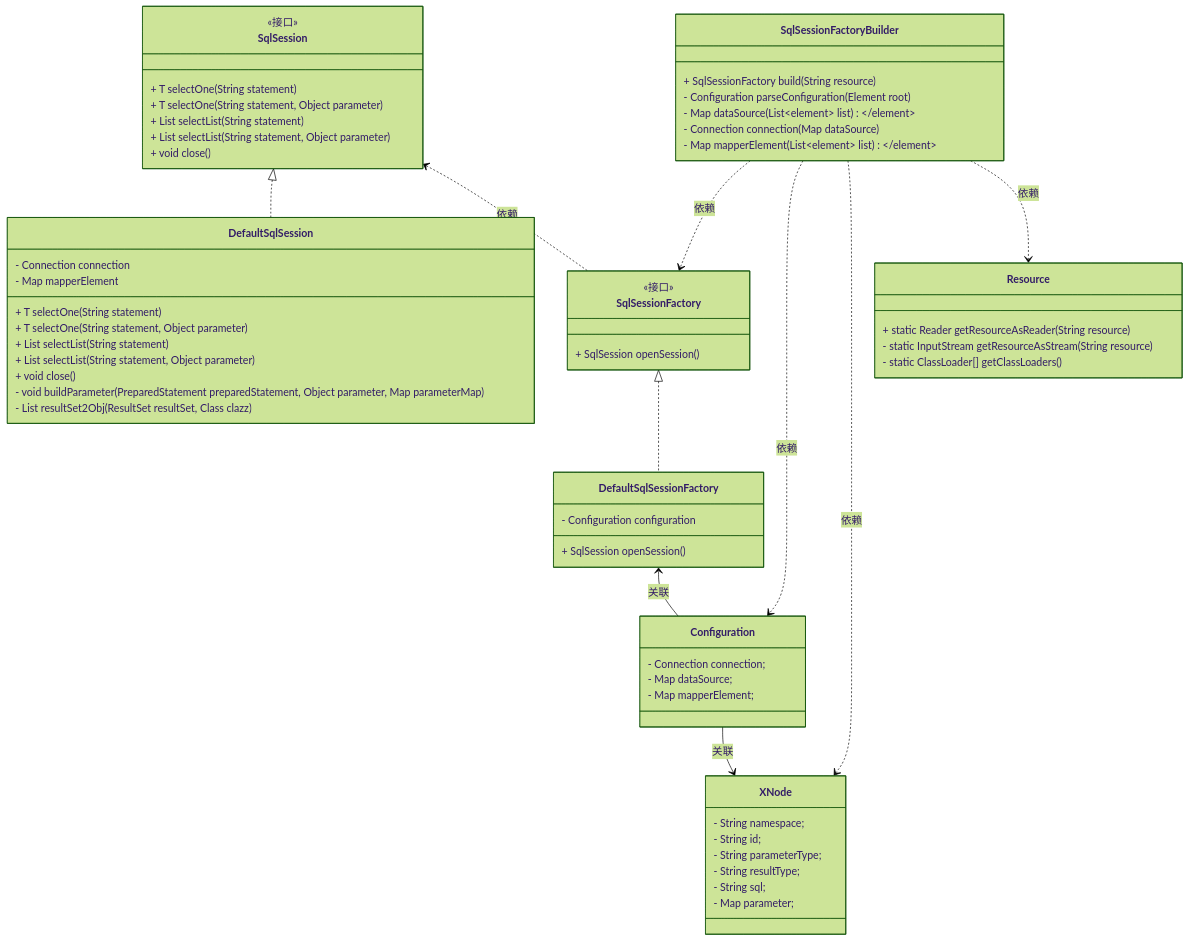
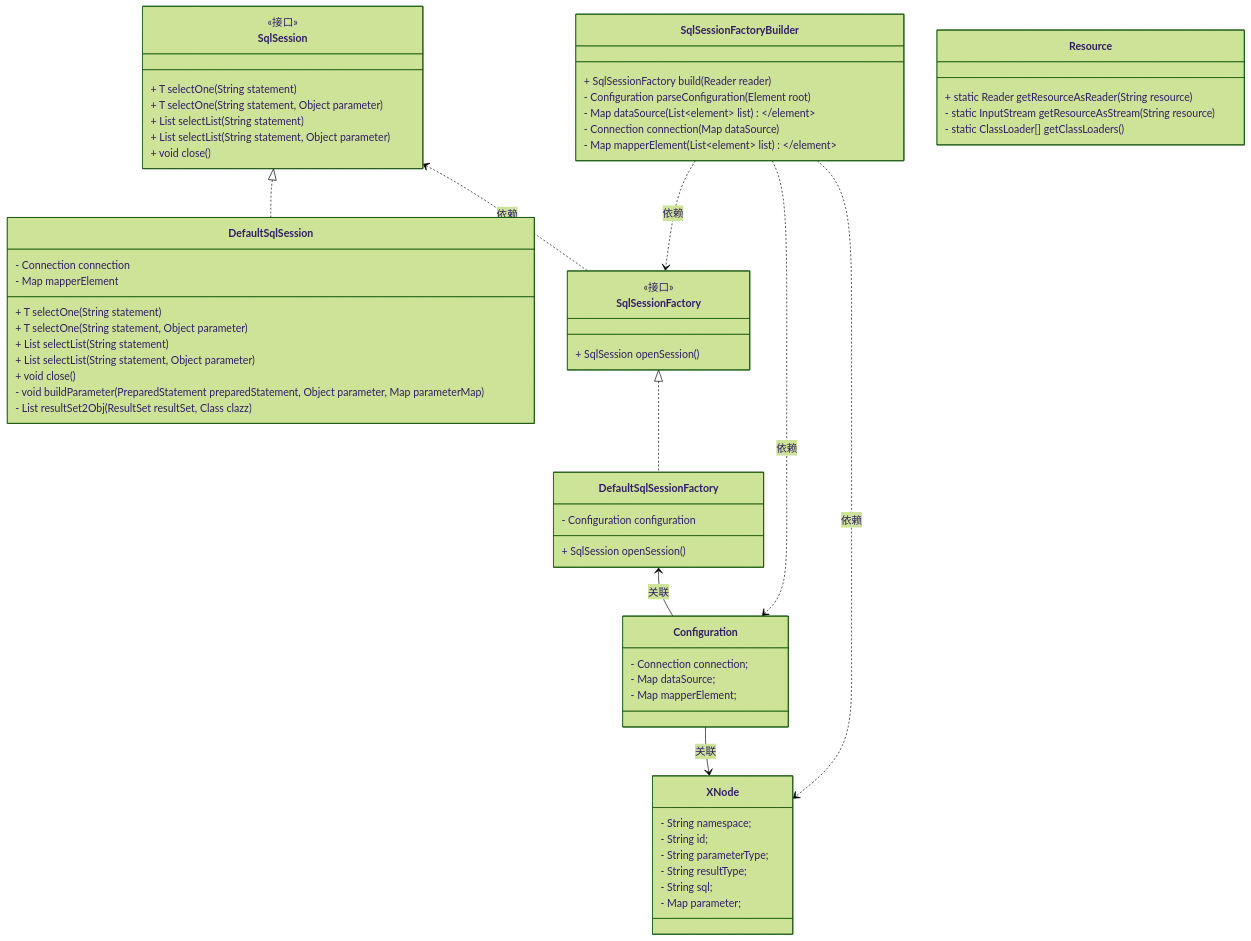
The diagram in README.md (AricZhu/spring-middleware), drawn with Mermaid (forest theme) before and after one commit. The commit also changed other lines of this file and 16 other files, not shown here.

````diff
--- a/README.md
+++ b/README.md
@@ -325,68 +325,67 @@
 ```mermaid
 classDiagram
     class SqlSession {
        <<接口>>
         + <T> T selectOne(String statement)
         + <T> T selectOne(String statement, Object parameter)
         + <T> List<T> selectList(String statement)
         + <T> List<T> selectList(String statement, Object parameter)
         + void close()
     }
     class DefaultSqlSession {
         - Connection connection
         - Map<String, XNode> mapperElement
         
         + <T> T selectOne(String statement)
         + <T> T selectOne(String statement, Object parameter)
         + <T> List<T> selectList(String statement)
         + <T> List<T> selectList(String statement, Object parameter)
         + void close()
         
         - void buildParameter(PreparedStatement preparedStatement, Object parameter, Map<Integer, String> parameterMap)
         - <T> List<T> resultSet2Obj(ResultSet resultSet, Class<?> clazz)
     }
     class SqlSessionFactory {
        <<接口>>
        + SqlSession openSession()
     }
     class DefaultSqlSessionFactory {
         - Configuration configuration
         + SqlSession openSession()
     }
     class SqlSessionFactoryBuilder {
-        + SqlSessionFactory build(String resource)
+        + SqlSessionFactory build(Reader reader)
         - Configuration parseConfiguration(Element root)
         - Map<String, String> dataSource(List<Element> list)
         - Connection connection(Map<String, String> dataSource)
         - Map<String, XNode> mapperElement(List<Element> list)
         
     }
     class Configuration {
         - Connection connection;
         - Map<String, String> dataSource;
         - Map<String, XNode> mapperElement;
     }
     class XNode {
         - String namespace;
         - String id;
         - String parameterType;
         - String resultType;
         - String sql;
         - Map<Integer, String> parameter;
     }
     class Resource {
         + static Reader getResourceAsReader(String resource)
         - static InputStream getResourceAsStream(String resource)
         - static ClassLoader[] getClassLoaders()
     }
     
    SqlSession <|.. DefaultSqlSession
    SqlSession <.. SqlSessionFactory: 依赖
    SqlSessionFactory <|.. DefaultSqlSessionFactory
    DefaultSqlSessionFactory <-- Configuration: 关联
    SqlSessionFactoryBuilder ..> SqlSessionFactory: 依赖
    SqlSessionFactoryBuilder ..> Configuration: 依赖
    SqlSessionFactoryBuilder ..> XNode: 依赖
-   SqlSessionFactoryBuilder ..> Resource: 依赖
    Configuration --> XNode: 关联
 ```
````
